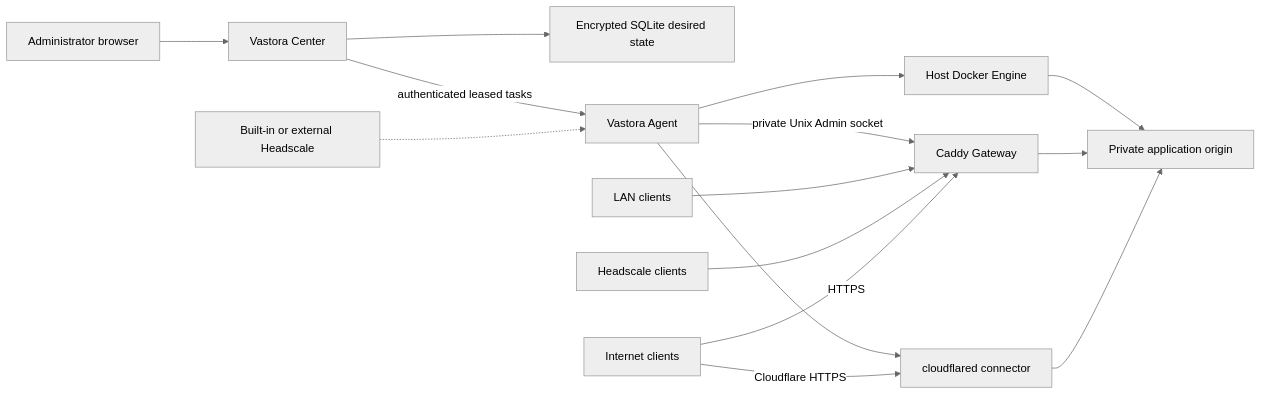
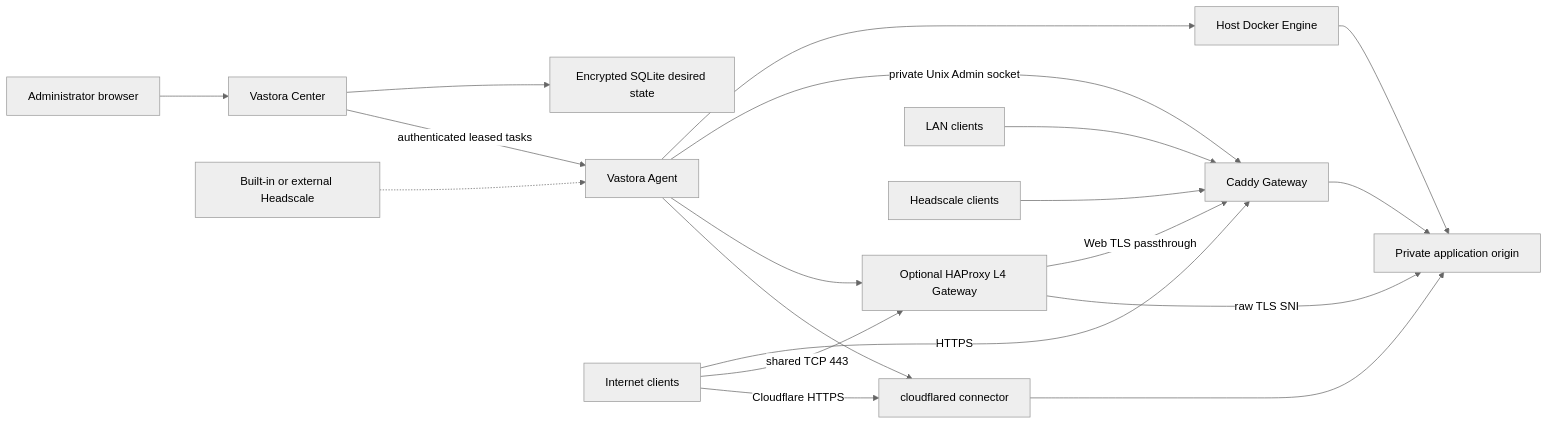
Before and after one commit to petauron/vastora: the diagram in docs/architecture.md, drawn with Mermaid (neutral theme). The commit also changed other lines of this file and 16 other files, not shown here.

Commit message:
feat: add optional shared 443 gateway

````diff
--- a/docs/architecture.md
+++ b/docs/architecture.md
@@ -8,17 +8,21 @@
 ```mermaid
 flowchart LR
   Browser["Administrator browser"] --> Center["Vastora Center"]
   Center --> DB["Encrypted SQLite desired state"]
   Center -->|"authenticated leased tasks"| Agent["Vastora Agent"]
   Agent --> Docker["Host Docker Engine"]
   Docker --> App["Private application origin"]
   Agent -->|"private Unix Admin socket"| Caddy["Caddy Gateway"]
+  Agent --> HAProxy["Optional HAProxy L4 Gateway"]
   Agent --> Cloudflared["cloudflared connector"]
   LAN["LAN clients"] --> Caddy
   Tailnet["Headscale clients"] --> Caddy
   Internet["Internet clients"] -->|"HTTPS"| Caddy
+  Internet -->|"shared TCP 443"| HAProxy
+  HAProxy -->|"Web TLS passthrough"| Caddy
+  HAProxy -->|"raw TLS SNI"| App
   Internet -->|"Cloudflare HTTPS"| Cloudflared
   Caddy --> App
   Cloudflared --> App
   Headscale["Built-in or external Headscale"] -.-> Agent
 ```
````
